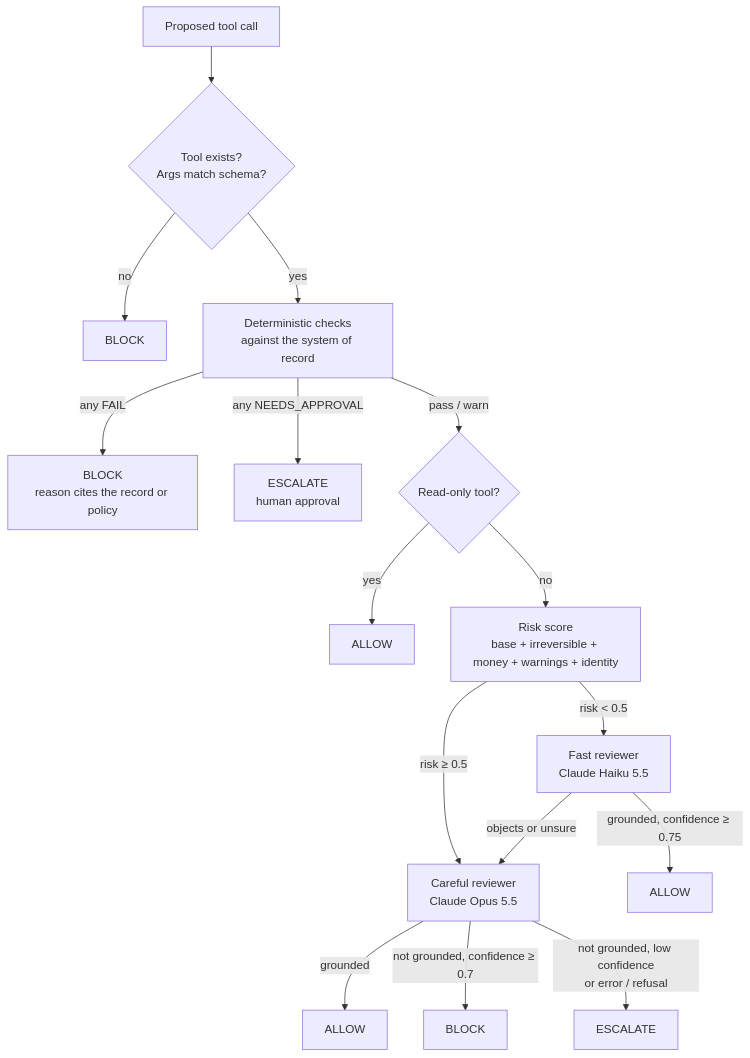
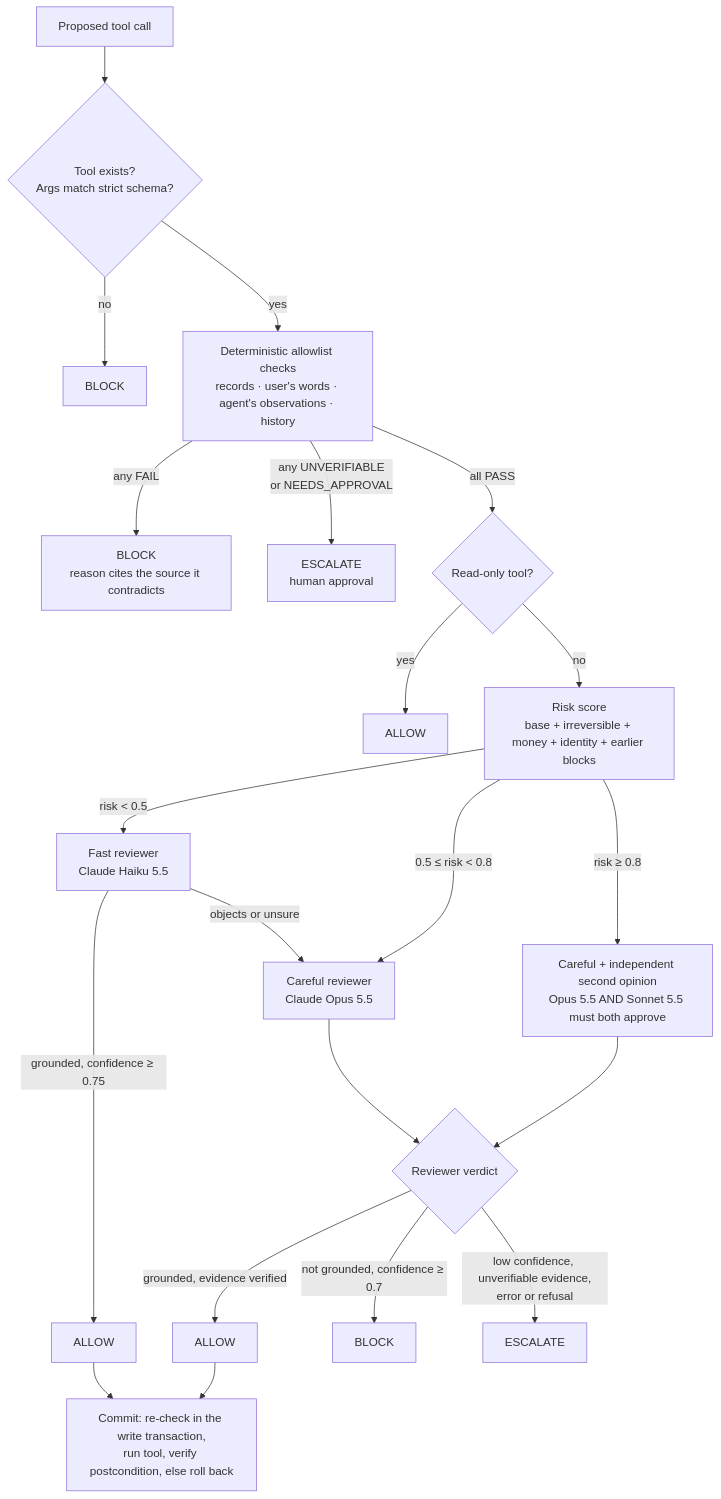
The fourth of 7 diagrams in docs/ARCHITECTURE.md (Prathu241/Guardrail), drawn with Mermaid before and after one commit. The commit also changed other lines of this file and 23 other files, not shown here.

First line of the commit message:
Harden the guardrail: allowlist verification, provenance, claim checks

````diff
--- a/docs/ARCHITECTURE.md
+++ b/docs/ARCHITECTURE.md
@@ -167,18 +167,22 @@
 ```mermaid
 flowchart TD
-    A[Proposed tool call] --> B{Tool exists?<br/>Args match schema?}
+    A[Proposed tool call] --> B{Tool exists?<br/>Args match strict schema?}
     B -- no --> BLOCK1[BLOCK]
-    B -- yes --> C[Deterministic checks<br/>against the system of record]
-    C -->|any FAIL| BLOCK2[BLOCK<br/>reason cites the record or policy]
-    C -->|any NEEDS_APPROVAL| ESC1[ESCALATE<br/>human approval]
-    C -->|pass / warn| D{Read-only tool?}
+    B -- yes --> C[Deterministic allowlist checks<br/>records · user's words · agent's observations · history]
+    C -->|any FAIL| BLOCK2[BLOCK<br/>reason cites the source it contradicts]
+    C -->|any UNVERIFIABLE<br/>or NEEDS_APPROVAL| ESC1[ESCALATE<br/>human approval]
+    C -->|all PASS| D{Read-only tool?}
     D -- yes --> ALLOW1[ALLOW]
-    D -- no --> E[Risk score<br/>base + irreversible + money + warnings + identity]
+    D -- no --> E[Risk score<br/>base + irreversible + money + identity + earlier blocks]
     E -->|risk < 0.5| F[Fast reviewer<br/>Claude Haiku 5.5]
-    E -->|risk ≥ 0.5| H[Careful reviewer<br/>Claude Opus 5.5]
+    E -->|0.5 ≤ risk < 0.8| H[Careful reviewer<br/>Claude Opus 5.5]
+    E -->|risk ≥ 0.8| K[Careful + independent second opinion<br/>Opus 5.5 AND Sonnet 5.5 must both approve]
     F -->|grounded, confidence ≥ 0.75| ALLOW2[ALLOW]
     F -->|objects or unsure| H
-    H -->|grounded| ALLOW3[ALLOW]
-    H -->|not grounded, confidence ≥ 0.7| BLOCK3[BLOCK]
-    H -->|not grounded, low confidence<br/>or error / refusal| ESC2[ESCALATE]
+    H --> V{Reviewer verdict}
+    K --> V
+    V -->|grounded, evidence verified| ALLOW3[ALLOW]
+    V -->|not grounded, confidence ≥ 0.7| BLOCK3[BLOCK]
+    V -->|low confidence, unverifiable evidence,<br/>error or refusal| ESC2[ESCALATE]
+    ALLOW2 & ALLOW3 --> CM[Commit: re-check in the write transaction,<br/>run tool, verify postcondition, else roll back]
 ```
````
